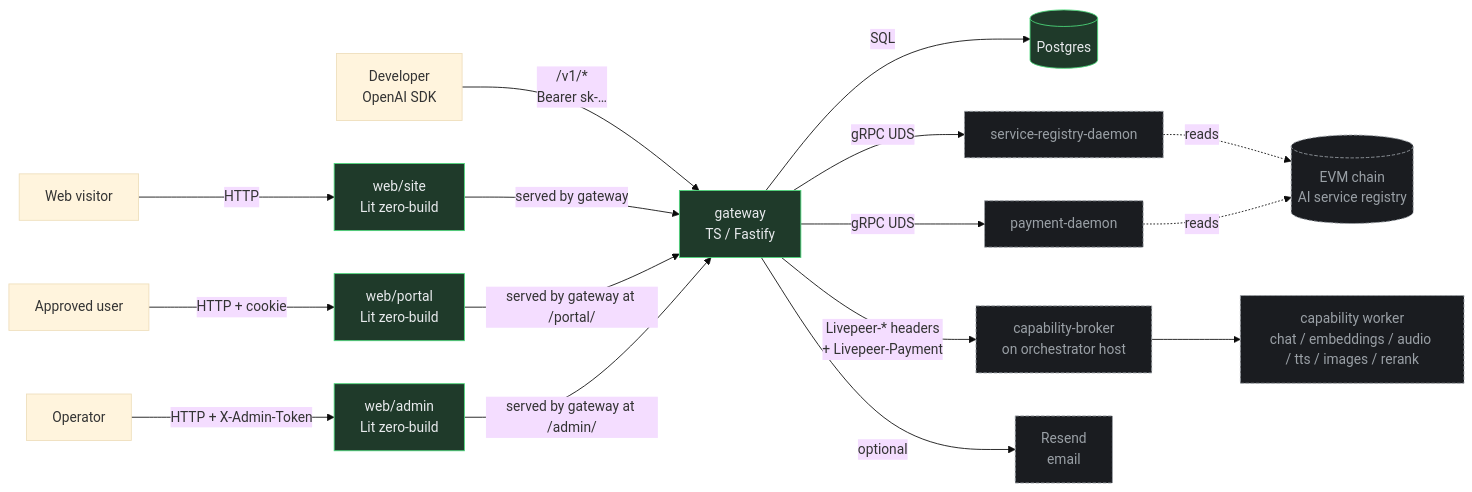
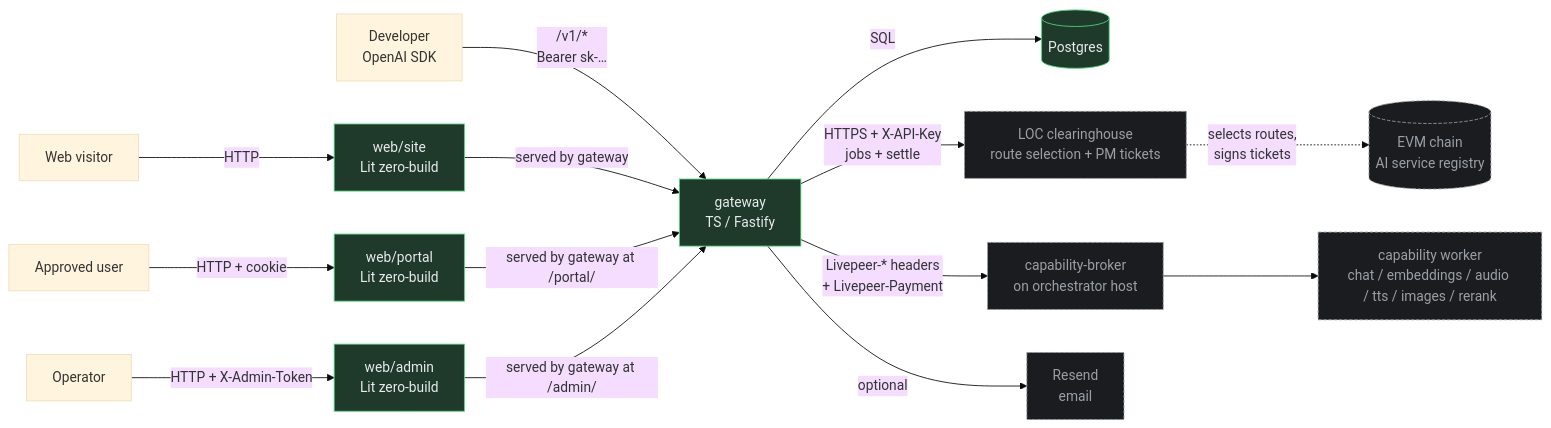
One commit to Cloud-SPE/livepeer-modules-openai-gateway changed the first of 7 diagrams in ARCHITECTURE.md. Above: the diagram before and after it, drawn with Mermaid (base theme). The commit also changed other lines of this file and 67 other files, not shown here.

````diff
--- a/ARCHITECTURE.md
+++ b/ARCHITECTURE.md
@@ -17,26 +17,24 @@
 ```mermaid
 flowchart LR
   user[Developer<br/>OpenAI SDK] -->|/v1/*<br/>Bearer sk-…| GW
   visitor[Web visitor] -->|HTTP| SITE
   portalUser[Approved user] -->|HTTP + cookie| PORTAL
   admin[Operator] -->|HTTP + X-Admin-Token| ADMIN
 
   SITE[web/site<br/>Lit zero-build] -->|served by gateway| GW
   PORTAL[web/portal<br/>Lit zero-build] -->|served by gateway at /portal/| GW
   ADMIN[web/admin<br/>Lit zero-build] -->|served by gateway at /admin/| GW
 
   GW[gateway<br/>TS / Fastify] -->|SQL| DB[(Postgres)]
-  GW -->|gRPC UDS| REG[service-registry-daemon]
-  GW -->|gRPC UDS| PAYER[payment-daemon]
+  GW -->|HTTPS + X-API-Key<br/>jobs + settle| LOC[LOC clearinghouse<br/>route selection + PM tickets]
   GW -->|Livepeer-* headers<br/>+ Livepeer-Payment| BROKER[capability-broker<br/>on orchestrator host]
   BROKER --> WORKER[capability worker<br/>chat / embeddings / audio / tts / images / rerank]
   GW -->|optional| RESEND[Resend<br/>email]
 
-  REG -.->|reads| CHAIN[(EVM chain<br/>AI service registry)]
-  PAYER -.->|reads| CHAIN
+  LOC -.->|selects routes,<br/>signs tickets| CHAIN[(EVM chain<br/>AI service registry)]
 
   classDef ours fill:#1f3a2a,stroke:#4cd97b,color:#e8eaed;
   classDef ext fill:#1a1c20,stroke:#9aa0a6,color:#9aa0a6,stroke-dasharray: 4 2;
   class GW,SITE,PORTAL,ADMIN,DB ours;
-  class REG,PAYER,BROKER,WORKER,RESEND,CHAIN ext;
+  class LOC,BROKER,WORKER,RESEND,CHAIN ext;
 ```
````
